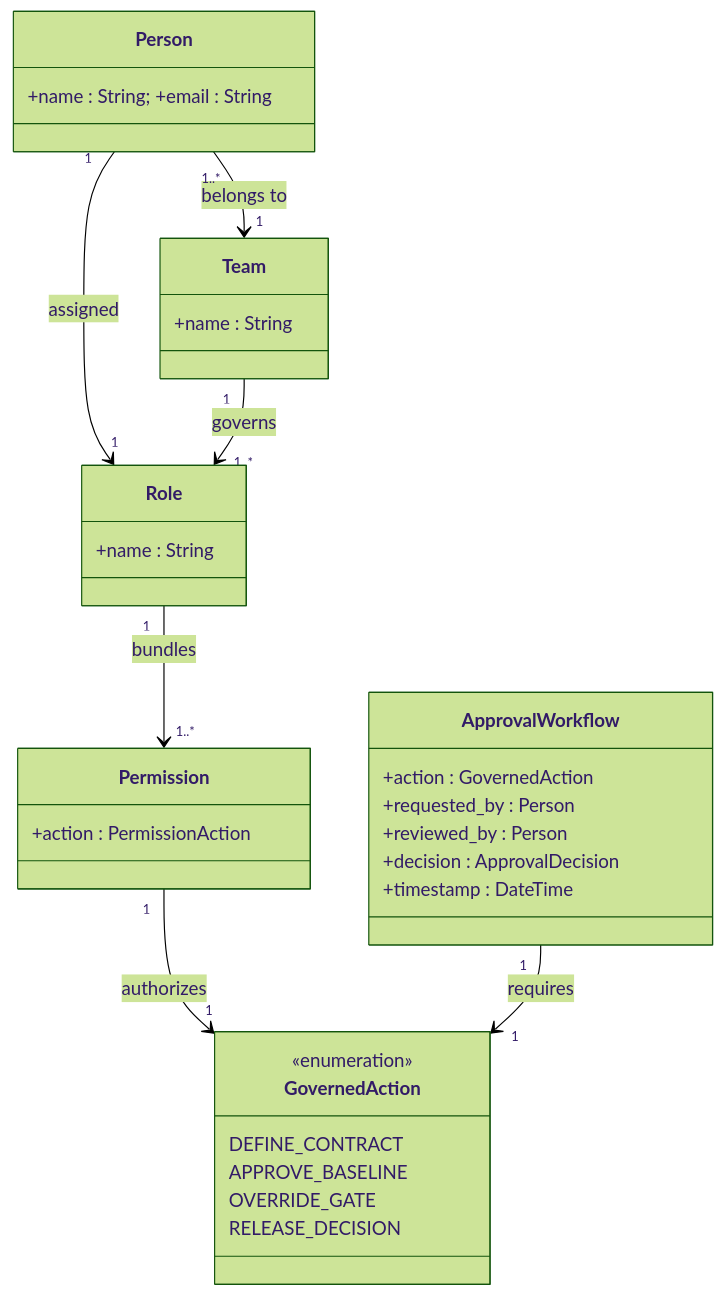
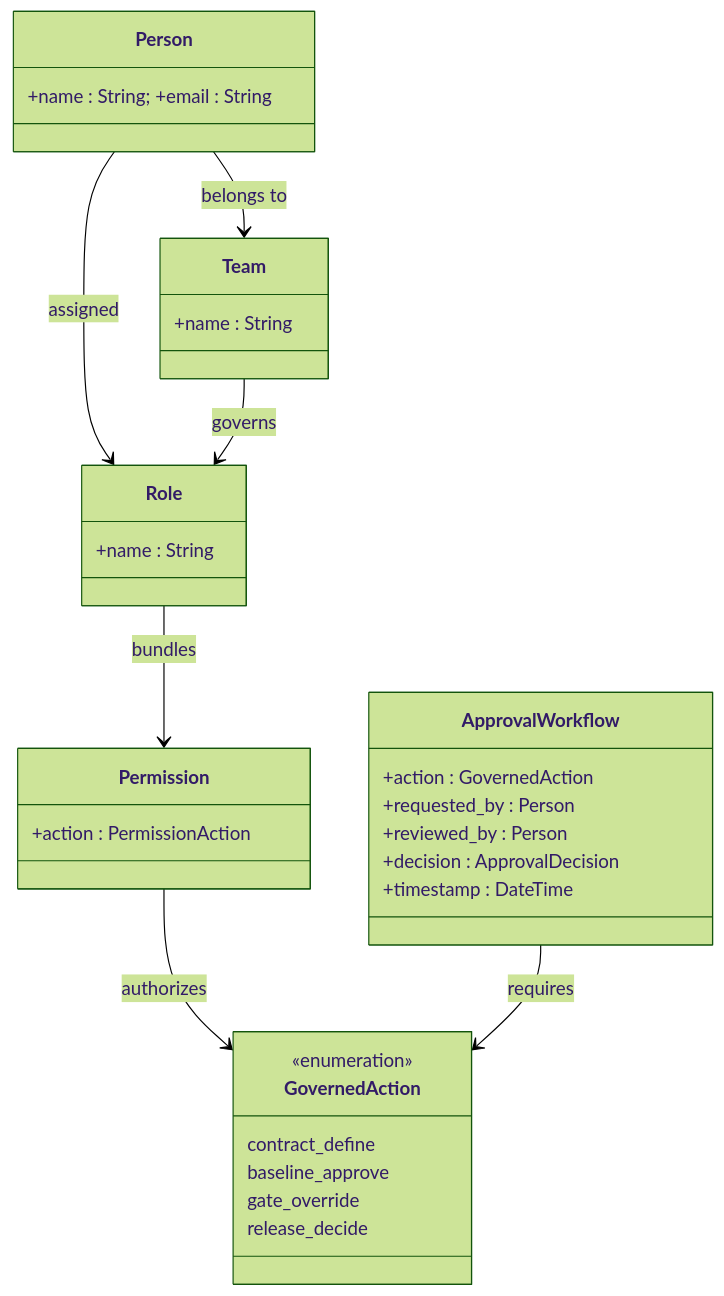
The seventh of 7 diagrams in appendices/appendix-e-uml-diagrams.md (igorakymenko-create/AQEF), drawn with Mermaid (forest theme) before and after one commit. The commit also changed other lines of this file and 25 other files, not shown here.

Commit message:
Fix consistency issues found in v0.2 audit: Result schema, Human Reviewer binding, terminology cleanup

````diff
--- a/appendices/appendix-e-uml-diagrams.md
+++ b/appendices/appendix-e-uml-diagrams.md
@@ -198,28 +201,28 @@
 ```mermaid
 classDiagram
     class Person { +name : String; +email : String }
     class Team { +name : String }
     class Role { +name : String }
     class Permission { +action : PermissionAction }
     class GovernedAction {
         <<enumeration>>
-        DEFINE_CONTRACT
-        APPROVE_BASELINE
-        OVERRIDE_GATE
-        RELEASE_DECISION
+        contract_define
+        baseline_approve
+        gate_override
+        release_decide
     }
     class ApprovalWorkflow {
         +action : GovernedAction
         +requested_by : Person
         +reviewed_by : Person
         +decision : ApprovalDecision
         +timestamp : DateTime
     }
 
-    Person "1..*" --> "1" Team : belongs to
-    Person "1" --> "1" Role : assigned
-    Role "1" --> "1..*" Permission : bundles
-    Team "1" --> "1..*" Role : governs
-    Permission "1" --> "1" GovernedAction : authorizes
-    ApprovalWorkflow "1" --> "1" GovernedAction : requires
+    Person --> Team : belongs to
+    Person --> Role : assigned
+    Role --> Permission : bundles
+    Team --> Role : governs
+    Permission --> GovernedAction : authorizes
+    ApprovalWorkflow --> GovernedAction : requires
 ```
````
